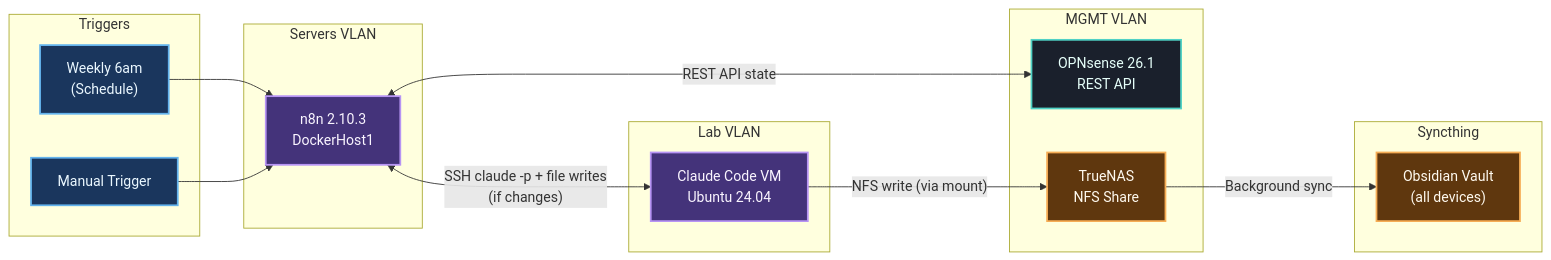
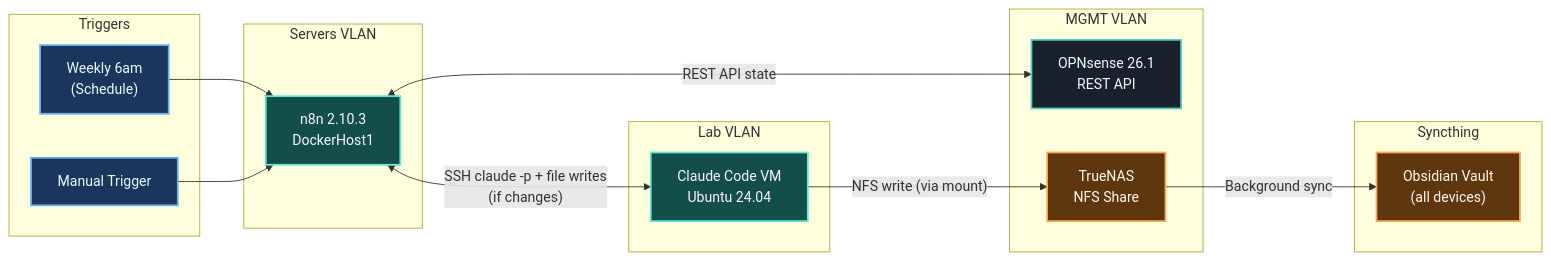
Before and after one commit to moshthesubnet/hugo_website: the first of 2 diagrams in content/docs/projects/n8n-homelab-docs-pipeline/index.md, drawn with Mermaid. The commit also changed other lines of this file and 10 other files, not shown here.

```diff
--- a/content/docs/projects/n8n-homelab-docs-pipeline/index.md
+++ b/content/docs/projects/n8n-homelab-docs-pipeline/index.md
@@ -41,41 +41,41 @@
 {{< mermaid >}}
 flowchart LR
     subgraph trigger["Triggers"]
         SCHED["Weekly 6am<br/>(Schedule)"]
         MANUAL["Manual Trigger"]
     end
 
     subgraph servers["Servers VLAN"]
         N8N["n8n 2.10.3<br/>DockerHost1"]
     end
 
     subgraph mgmt["MGMT VLAN"]
         OPN["OPNsense 26.1<br/>REST API"]
         TRUENAS["TrueNAS<br/>NFS Share"]
     end
 
     subgraph lab["Lab VLAN"]
         CLAUDE["Claude Code VM<br/>Ubuntu 24.04"]
     end
 
     subgraph sync["Syncthing"]
         OBSIDIAN["Obsidian Vault<br/>(all devices)"]
     end
 
     SCHED --> N8N
     MANUAL --> N8N
     N8N <-->|"REST API state"| OPN
     N8N <-->|"SSH claude -p + file writes<br/>(if changes)"| CLAUDE
     CLAUDE -->|"NFS write (via mount)"| TRUENAS
     TRUENAS -->|"Background sync"| OBSIDIAN
 
     classDef trigger fill:#1a365d,stroke:#63b3ed,stroke-width:2px,color:#ebf8ff
     classDef api fill:#1a202c,stroke:#4fd1c5,stroke-width:2px,color:#e6fffa
-    classDef code fill:#44337a,stroke:#b794f4,stroke-width:2px,color:#faf5ff
+    classDef code fill:#134e4a,stroke:#5eead4,stroke-width:2px,color:#faf5ff
     classDef io fill:#5f370e,stroke:#f6ad55,stroke-width:2px,color:#fffaf0
 
     class SCHED,MANUAL trigger
     class OPN api
     class N8N,CLAUDE code
     class TRUENAS,OBSIDIAN io
 {{< /mermaid >}}
```
